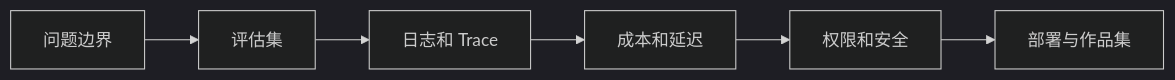
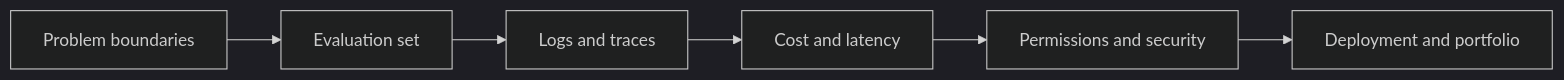
The first of 2 diagrams in docs/intro/ai-engineering-checklist.md (oudbiao/AI-fullstack-course), drawn with Mermaid (dark theme) before and after one commit. The commit also changed other lines of this file and 1406 other files, not shown here.

````diff
--- a/docs/intro/ai-engineering-checklist.md
+++ b/docs/intro/ai-engineering-checklist.md
@@ -18,8 +18,8 @@
 ```mermaid
 flowchart LR
-  A["问题边界"] --> B["评估集"]
-  B --> C["日志和 Trace"]
-  C --> D["成本和延迟"]
-  D --> E["权限和安全"]
-  E --> F["部署与作品集"]
+  A["Problem boundaries"] --> B["Evaluation set"]
+  B --> C["Logs and traces"]
+  C --> D["Cost and latency"]
+  D --> E["Permissions and security"]
+  E --> F["Deployment and portfolio"]
 ```
````
